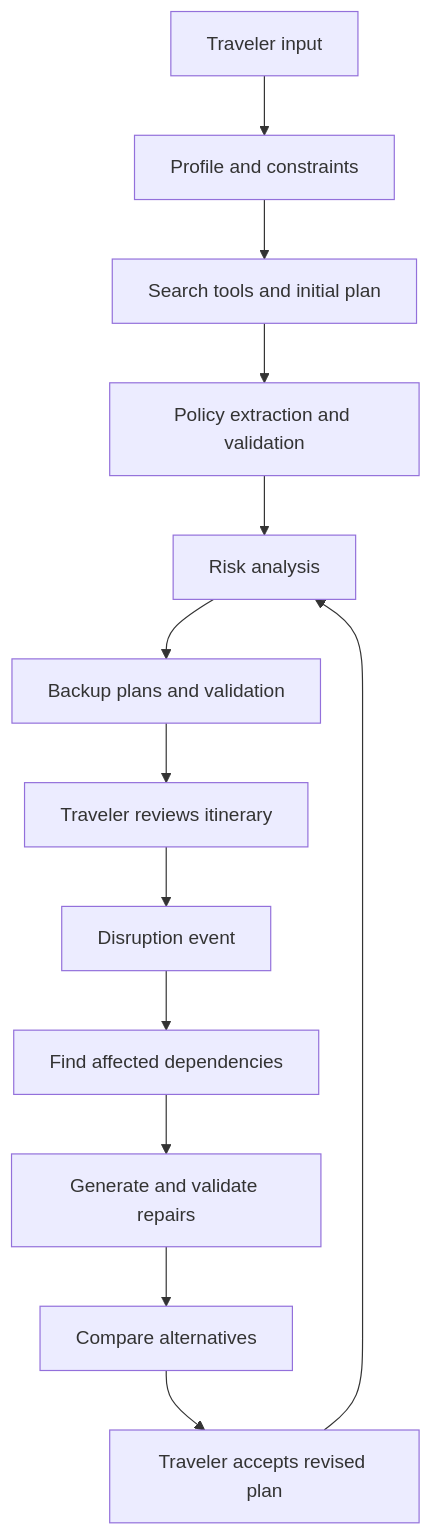
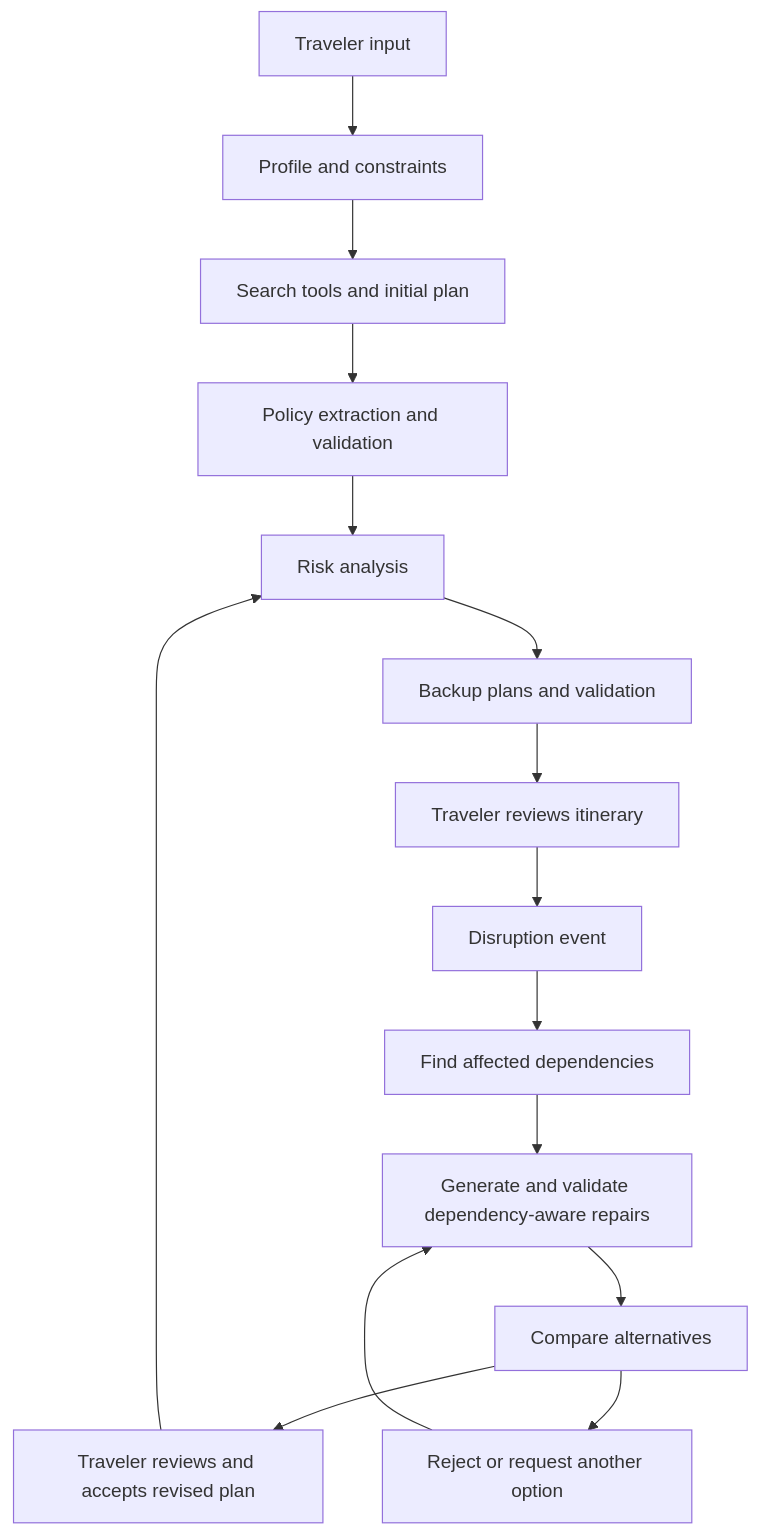
One commit to howarddong0485/Travel-Disruption-Replanner changed the diagram in README.md. Above: the diagram before and after it, drawn with Mermaid. The commit also changed other lines of this file and 2 other files, not shown here.

Commit message:
docs: align core features and traveler review across planning docs

````diff
--- a/README.md
+++ b/README.md
@@ -45,15 +50,17 @@
 ```mermaid
 flowchart TD
     A[Traveler input] --> B[Profile and constraints]
     B --> C[Search tools and initial plan]
     C --> D[Policy extraction and validation]
     D --> E[Risk analysis]
     E --> F[Backup plans and validation]
     F --> G[Traveler reviews itinerary]
     G --> H[Disruption event]
     H --> I[Find affected dependencies]
-    I --> J[Generate and validate repairs]
+    I --> J[Generate and validate dependency-aware repairs]
     J --> K[Compare alternatives]
-    K --> L[Traveler accepts revised plan]
+    K --> L[Traveler reviews and accepts revised plan]
+    K --> M[Reject or request another option]
+    M --> J
     L --> E
 ```
````
